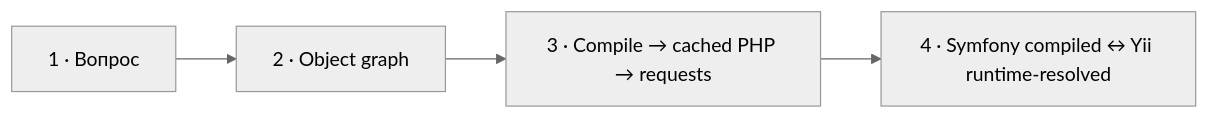
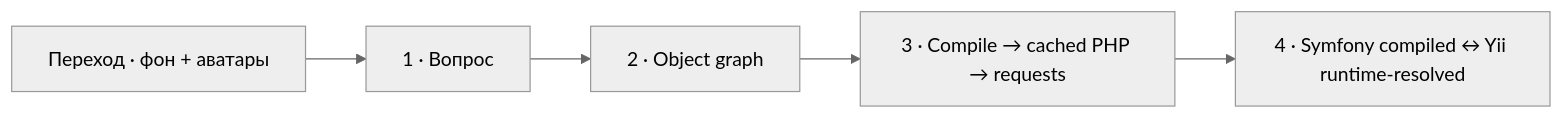
One commit to savinmikhail/php-backend-interview-video changed the diagram in episodes/841862-1payment/visual-plans/07-symfony-di-container.md. Above: the diagram before and after it, drawn with Mermaid (neutral theme). The commit also changed other lines of this file and 3 other files, not shown here.

````diff
--- a/episodes/841862-1payment/visual-plans/07-symfony-di-container.md
+++ b/episodes/841862-1payment/visual-plans/07-symfony-di-container.md
@@ -90,6 +91,7 @@
 ```mermaid
 flowchart LR
-  S1["1 · Вопрос"] --> S2["2 · Object graph"]
+  B["Переход · фон + аватары"] --> S1["1 · Вопрос"]
+  S1 --> S2["2 · Object graph"]
   S2 --> S3["3 · Compile → cached PHP → requests"]
   S3 --> S4["4 · Symfony compiled ↔ Yii runtime-resolved"]
 ```
````
